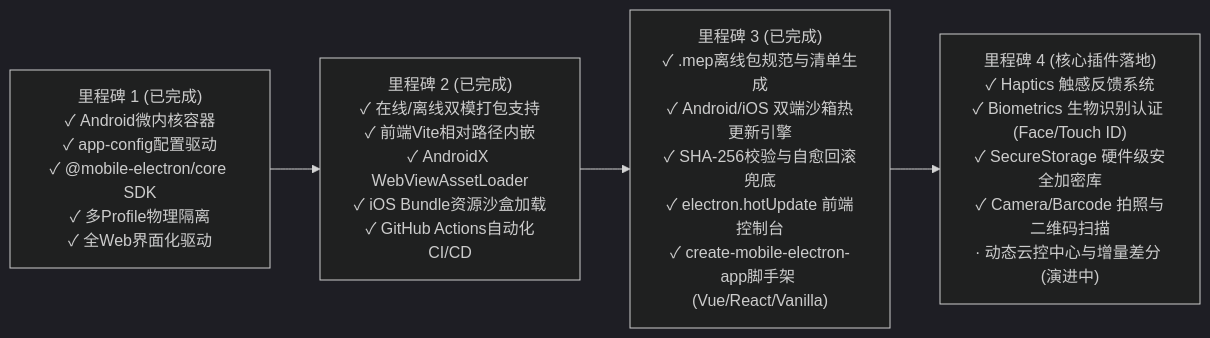
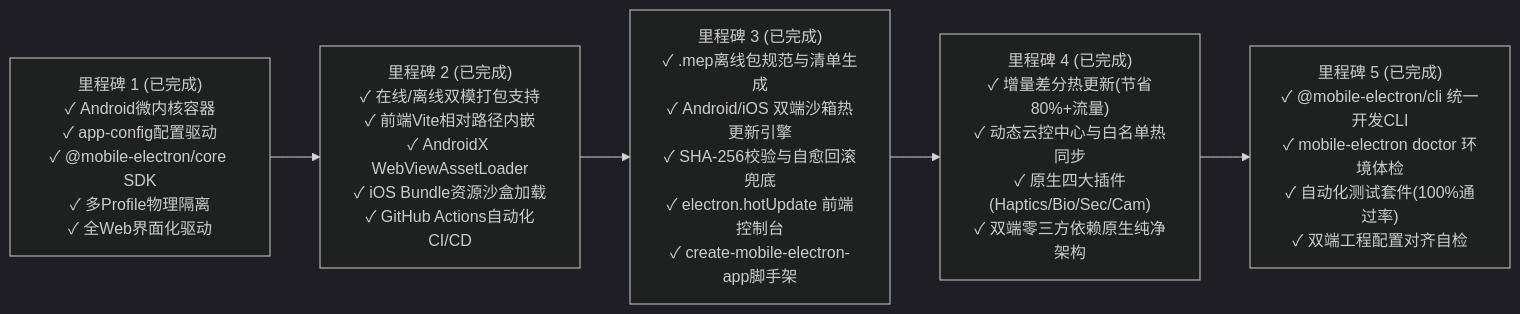
The diagram in docs/NEXT_PHASE_ROADMAP.md (gplwzz1989/mobile-electron), drawn with Mermaid (dark theme) before and after one commit. The commit also changed other lines of this file and 26 other files, not shown here.

Commit message:
feat: implement unified @mobile-electron/cli, automated test suite and update roadmap

````diff
--- a/docs/NEXT_PHASE_ROADMAP.md
+++ b/docs/NEXT_PHASE_ROADMAP.md
@@ -10,12 +10,14 @@
 ```mermaid
 flowchart LR
     M1["里程碑 1 (已完成)<br/>✓ Android微内核容器<br/>✓ app-config配置驱动<br/>✓ @mobile-electron/core SDK<br/>✓ 多Profile物理隔离<br/>✓ 全Web界面化驱动"]
     
     M2["里程碑 2 (已完成)<br/>✓ 在线/离线双模打包支持<br/>✓ 前端Vite相对路径内嵌<br/>✓ AndroidX WebViewAssetLoader<br/>✓ iOS Bundle资源沙盒加载<br/>✓ GitHub Actions自动化CI/CD"]
 
-    M3["里程碑 3 (已完成)<br/>✓ .mep离线包规范与清单生成<br/>✓ Android/iOS 双端沙箱热更新引擎<br/>✓ SHA-256校验与自愈回滚兜底<br/>✓ electron.hotUpdate 前端控制台<br/>✓ create-mobile-electron-app脚手架 (Vue/React/Vanilla)"]
+    M3["里程碑 3 (已完成)<br/>✓ .mep离线包规范与清单生成<br/>✓ Android/iOS 双端沙箱热更新引擎<br/>✓ SHA-256校验与自愈回滚兜底<br/>✓ electron.hotUpdate 前端控制台<br/>✓ create-mobile-electron-app脚手架"]
 
-    M4["里程碑 4 (核心插件落地)<br/>✓ Haptics 触感反馈系统<br/>✓ Biometrics 生物识别认证 (Face/Touch ID)<br/>✓ SecureStorage 硬件级安全加密库<br/>✓ Camera/Barcode 拍照与二维码扫描<br/>· 动态云控中心与增量差分 (演进中)"]
+    M4["里程碑 4 (已完成)<br/>✓ 增量差分热更新(节省80%+流量)<br/>✓ 动态云控中心与白名单热同步<br/>✓ 原生四大插件(Haptics/Bio/Sec/Cam)<br/>✓ 双端零三方依赖原生纯净架构"]
 
-    M1 --> M2 --> M3 --> M4
+    M5["里程碑 5 (已完成)<br/>✓ @mobile-electron/cli 统一开发CLI<br/>✓ mobile-electron doctor 环境体检<br/>✓ 自动化测试套件(100%通过率)<br/>✓ 双端工程配置对齐自检"]
+
+    M1 --> M2 --> M3 --> M4 --> M5
 ```
````
